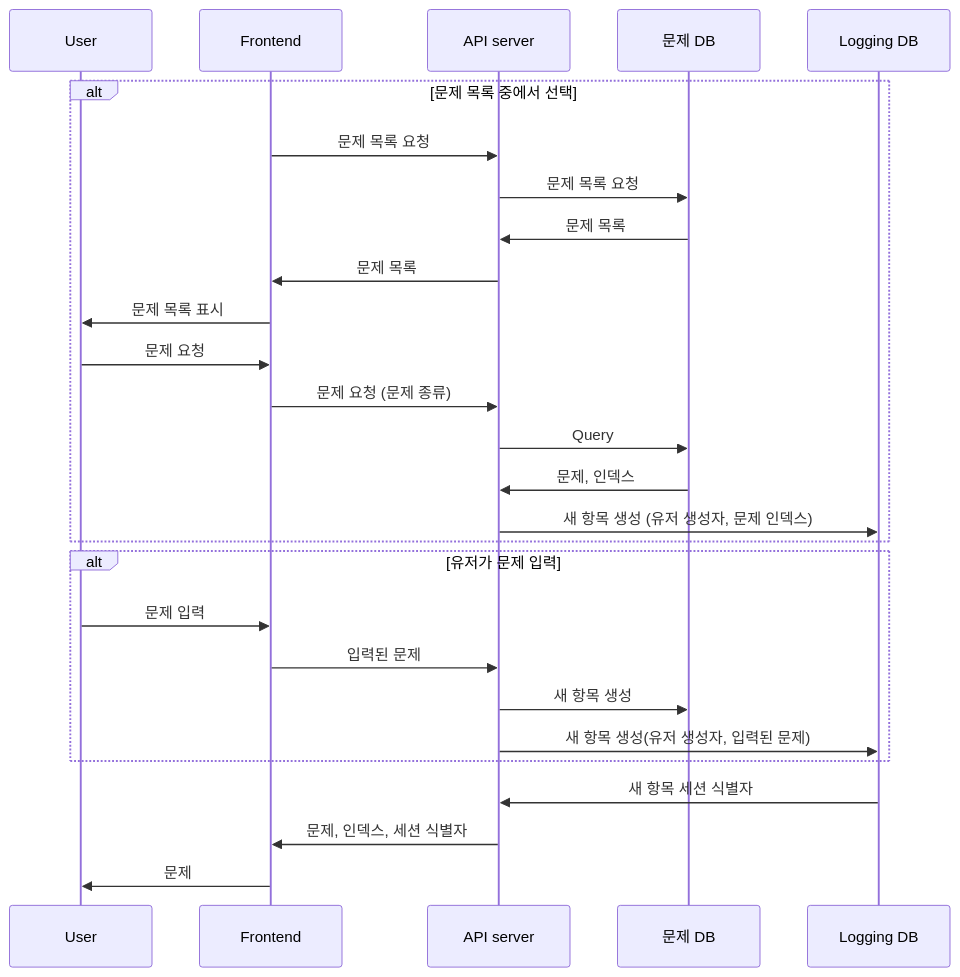
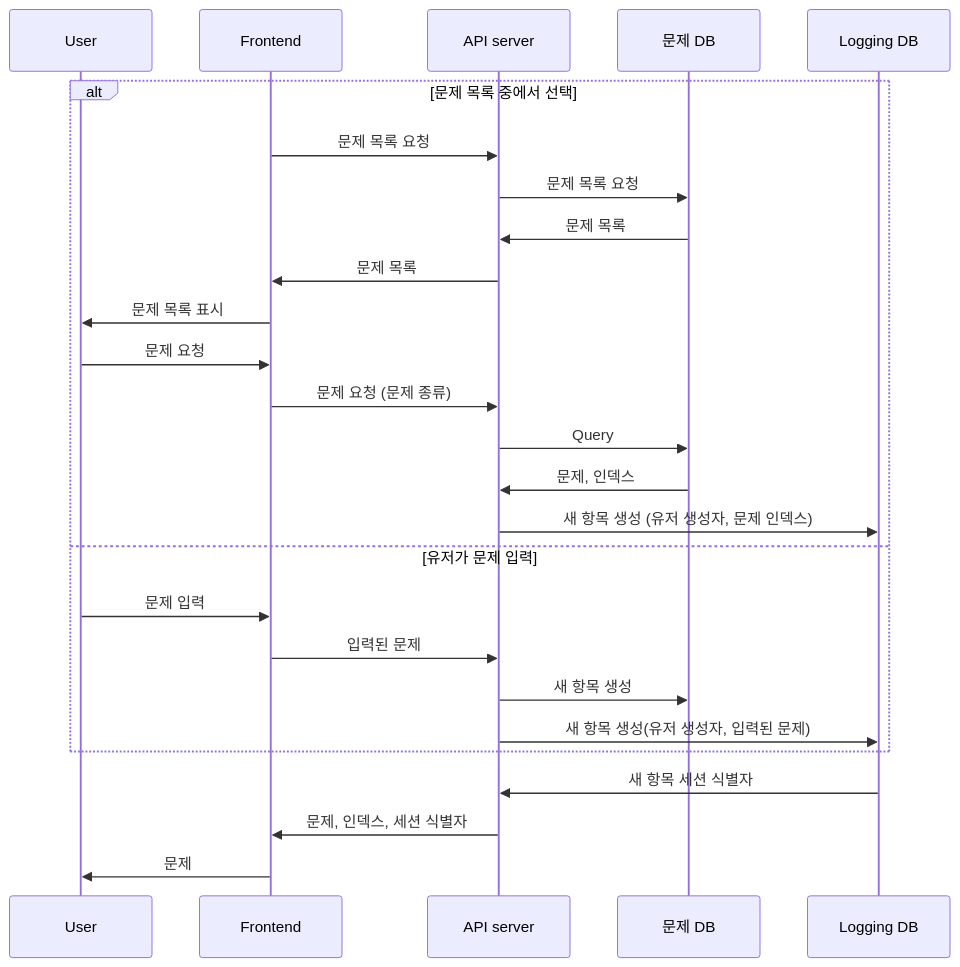
Before and after one commit to bookyoulove/paragraphy: the second of 5 diagrams in 설계문서/시퀀스 다이어그램.md, drawn with Mermaid. The commit also changed other lines of this file and 3 other files, not shown here.

````diff
--- a/설계문서/시퀀스 다이어그램.md
+++ b/설계문서/시퀀스 다이어그램.md
@@ -24,29 +24,28 @@
 ```mermaid
 sequenceDiagram
     participant User
     participant Frontend
     participant API as API server
     participant problem as 문제 DB
     participant log as Logging DB
     alt 문제 목록 중에서 선택
     Frontend->>API:문제 목록 요청
     API->>problem:문제 목록 요청
     problem->>API: 문제 목록
     API->>Frontend: 문제 목록
     Frontend->>User:문제 목록 표시
     User->>Frontend:문제 요청
     Frontend->>API:문제 요청 (문제 종류)
     API->>problem: Query
     problem->>API: 문제, 인덱스
     API->>log: 새 항목 생성 (유저 생성자, 문제 인덱스)
-    end
-    alt 유저가 문제 입력
+    else유저가 문제 입력
     User->>Frontend: 문제 입력
     Frontend->>API: 입력된 문제
     API->>problem: 새 항목 생성
     API->>log: 새 항목 생성(유저 생성자, 입력된 문제)
     end
     log->>API: 새 항목 세션 식별자
     API->>Frontend: 문제, 인덱스, 세션 식별자
     Frontend->>User: 문제
 ```
````
